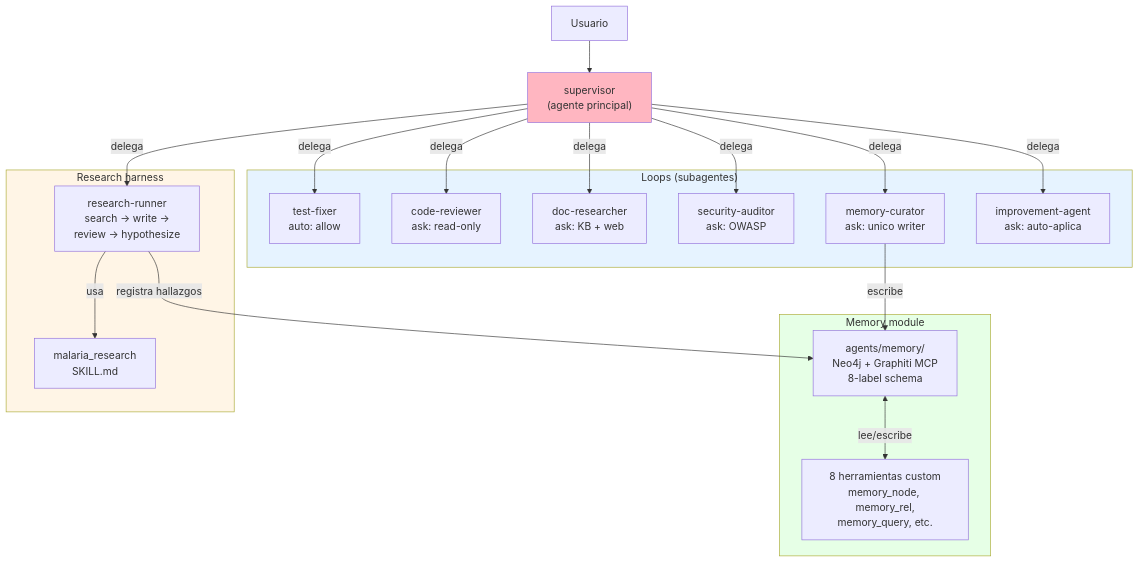
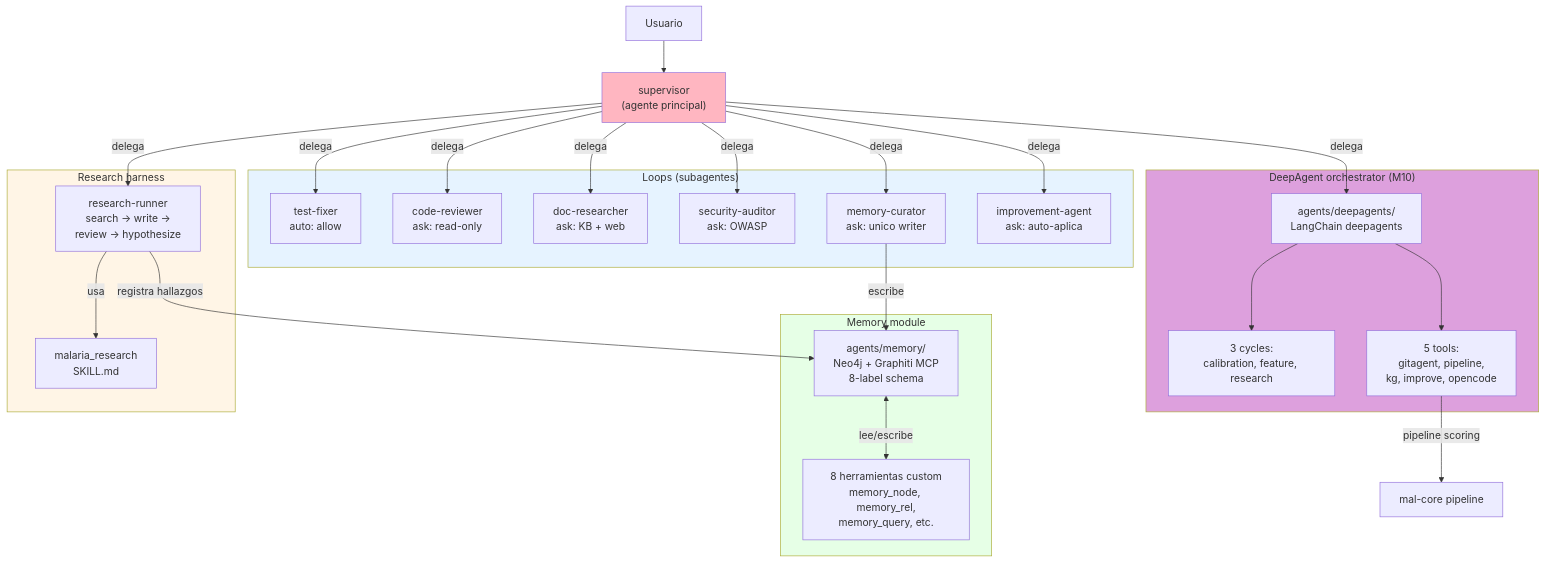
One commit to ANFAIA/MalariaSentinel changed diagram 12 of 14 in docs/system-status.md. Above: the diagram before and after it, drawn with Mermaid. The commit also changed other lines of this file and 11 other files, not shown here.

````diff
--- a/docs/system-status.md
+++ b/docs/system-status.md
@@ -885,43 +912,55 @@
 ```mermaid
 graph TB
     USER["Usuario"]
     SUP["supervisor<br/>(agente principal)"]
 
     subgraph LOOPS["Loops (subagentes)"]
         TF["test-fixer<br/>auto: allow"]
         CR["code-reviewer<br/>ask: read-only"]
         DR["doc-researcher<br/>ask: KB + web"]
         SA["security-auditor<br/>ask: OWASP"]
         MC["memory-curator<br/>ask: unico writer"]
         IA["improvement-agent<br/>ask: auto-aplica"]
+    end
+
+    subgraph DEEPAGENTS["DeepAgent orchestrator (M10)"]
+        DA["agents/deepagents/<br/>LangChain deepagents"]
+        DA_CYCLES["3 cycles:<br/>calibration, feature, research"]
+        DA_TOOLS["5 tools:<br/>gitagent, pipeline,<br/>kg, improve, opencode"]
     end
 
     subgraph MEMORIA["Memory module"]
         MEM["agents/memory/<br/>Neo4j + Graphiti MCP<br/>8-label schema"]
         TOOLS["8 herramientas custom<br/>memory_node, memory_rel,<br/>memory_query, etc."]
     end
 
     subgraph HARNESS["Research harness"]
         RH["research-runner<br/>search -> write -><br/>review -> hypothesize"]
         SK["malaria_research<br/>SKILL.md"]
     end
 
     USER --> SUP
     SUP -->|"delega"| TF
     SUP -->|"delega"| CR
     SUP -->|"delega"| DR
     SUP -->|"delega"| SA
     SUP -->|"delega"| MC
     SUP -->|"delega"| IA
     SUP -->|"delega"| RH
+    SUP -->|"delega"| DA
+
+    DA --> DA_CYCLES
+    DA --> DA_TOOLS
+    DA_TOOLS -->|"pipeline scoring"| ABM_PIPE["mal-core pipeline"]
 
     MC -->|"escribe"| MEM
     MEM <-->|"lee/escribe"| TOOLS
     RH -->|"usa"| SK
     RH -->|"registra hallazgos"| MEM
 
     style SUP fill:#FFB6C1
     style LOOPS fill:#E6F3FF
+    style DEEPAGENTS fill:#DDA0DD
     style MEMORIA fill:#E6FFE6
     style HARNESS fill:#FFF5E6
 ```
````
